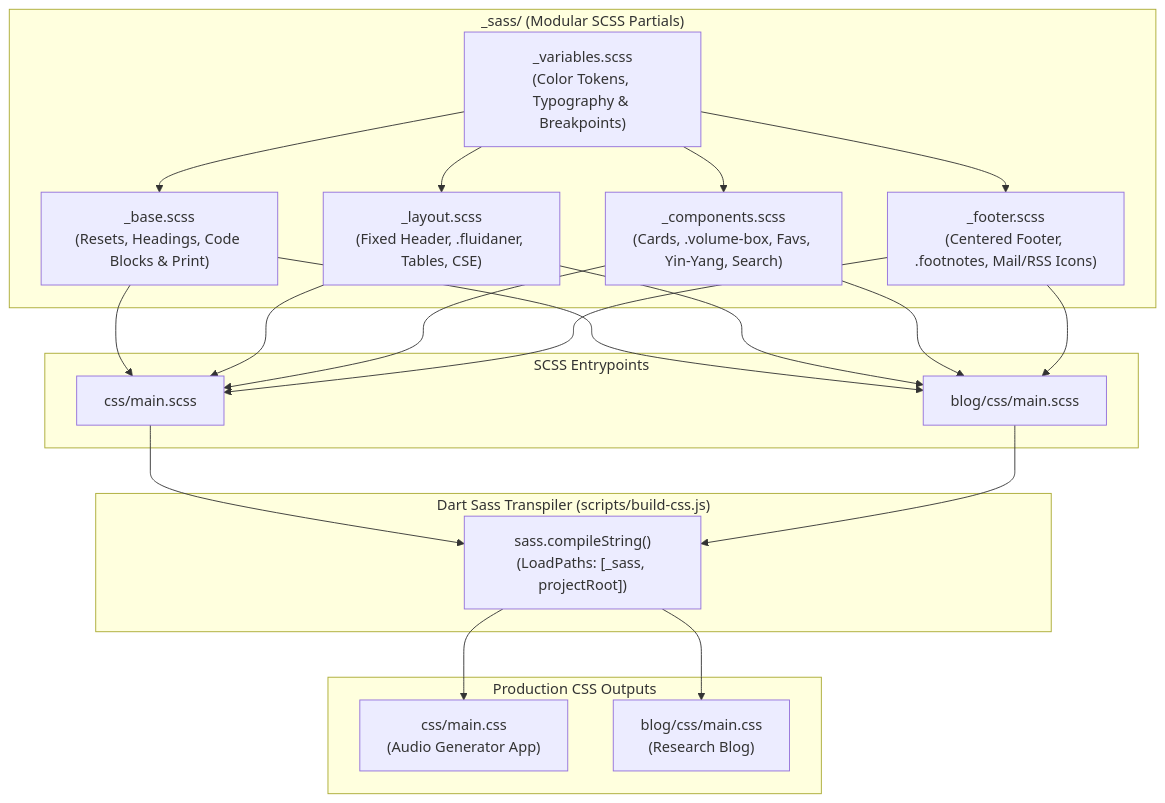
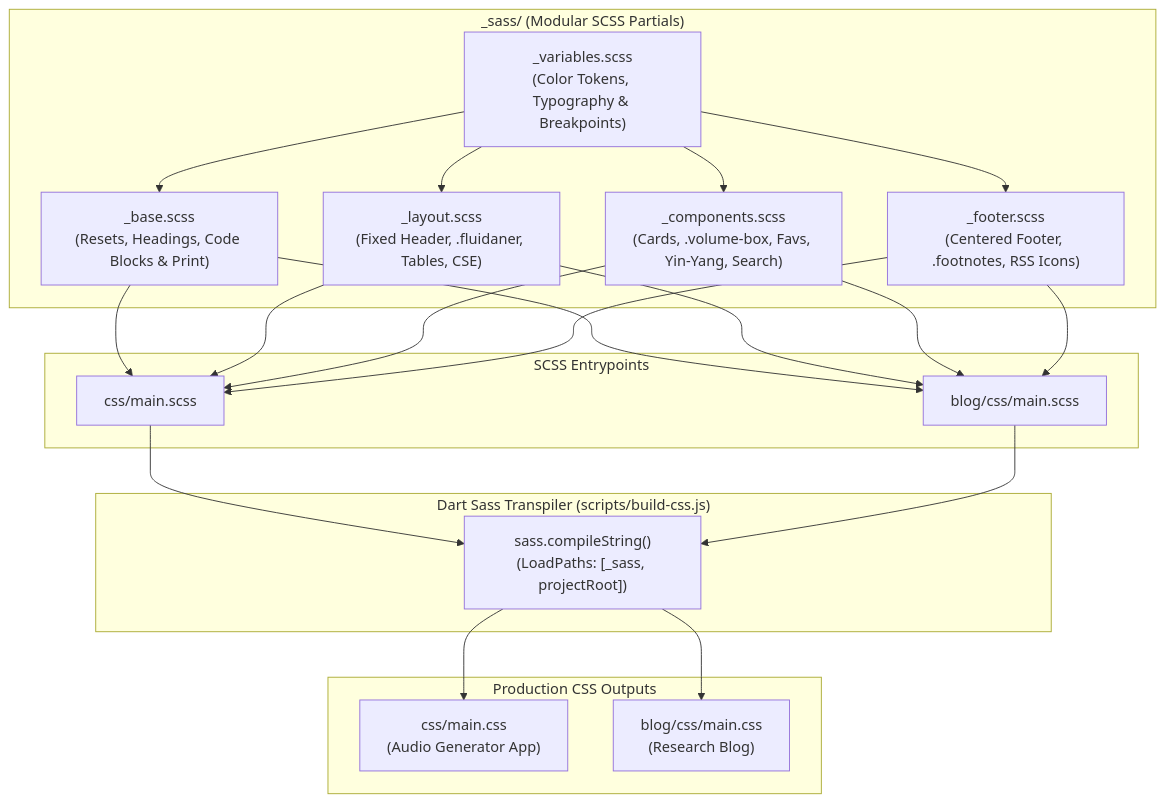
Before and after one commit to Mr-Kumar-Abhishek/brain-beats-pro: the second of 3 diagrams in DEVELOPMENT.md, drawn with Mermaid. The commit also changed other lines of this file and 4 other files, not shown here.

````diff
--- a/DEVELOPMENT.md
+++ b/DEVELOPMENT.md
@@ -219,29 +219,29 @@
 ```mermaid
 flowchart TD
     subgraph Partials ["_sass/ (Modular SCSS Partials)"]
         Vars["_variables.scss\n(Color Tokens, Typography & Breakpoints)"]
         Base["_base.scss\n(Resets, Headings, Code Blocks & Print)"]
         Layout["_layout.scss\n(Fixed Header, .fluidaner, Tables, CSE)"]
         Comp["_components.scss\n(Cards, .volume-box, Favs, Yin-Yang, Search)"]
-        Foot["_footer.scss\n(Centered Footer, .footnotes, Mail/RSS Icons)"]
+        Foot["_footer.scss\n(Centered Footer, .footnotes, RSS Icons)"]
     end
 
     subgraph Entrypoints ["SCSS Entrypoints"]
         MainSCSS["css/main.scss"]
         BlogSCSS["blog/css/main.scss"]
     end
 
     subgraph Transpiler ["Dart Sass Transpiler (scripts/build-css.js)"]
         NodeSass["sass.compileString()\n(LoadPaths: [_sass, projectRoot])"]
     end
 
     subgraph Targets ["Production CSS Outputs"]
         AppCSS["css/main.css\n(Audio Generator App)"]
         BlogCSS["blog/css/main.css\n(Research Blog)"]
     end
 
     Vars --> Base & Layout & Comp & Foot
     Base & Layout & Comp & Foot --> MainSCSS & BlogSCSS
     MainSCSS & BlogSCSS --> NodeSass
     NodeSass --> AppCSS & BlogCSS
 ```
````
